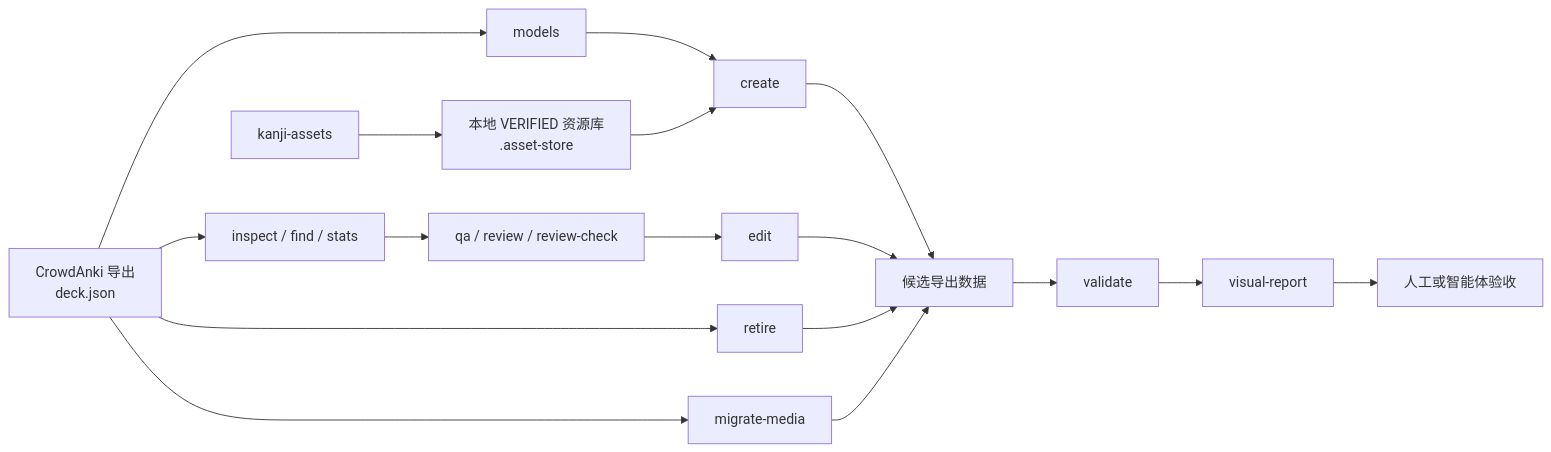
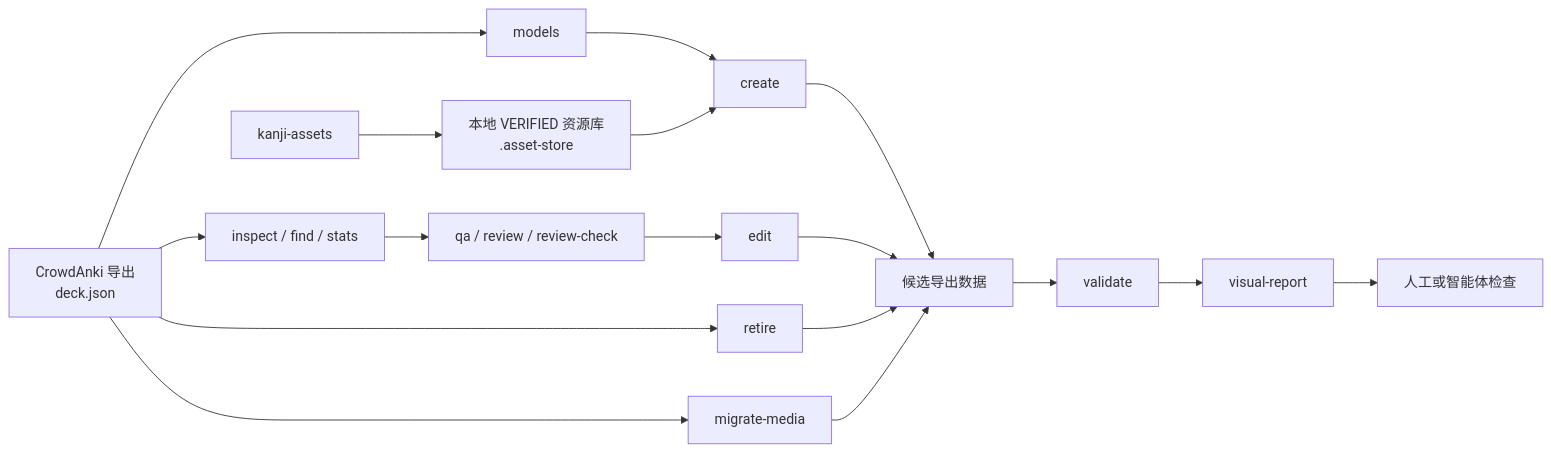
Before and after one commit to AliceLiddell01/Anki-decks: the diagram in README.zh-CN.md, drawn with Mermaid. The commit also changed other lines of this file and 1 other file, not shown here.

````diff
--- a/README.zh-CN.md
+++ b/README.zh-CN.md
@@ -55,22 +55,22 @@
 ```mermaid
 flowchart LR
     A["CrowdAnki 导出<br/>deck.json"] --> B["inspect / find / stats"]
     A --> C["models"]
     B --> D["qa / review / review-check"]
     C --> E["create"]
     D --> F["edit"]
     A --> G["retire"]
     A --> N["migrate-media"]
 
     H["kanji-assets"] --> I["本地 VERIFIED 资源库<br/>.asset-store"]
     I --> E
 
     E --> J["候选导出数据"]
     F --> J
     G --> J
     N --> J
 
     J --> K["validate"]
     K --> L["visual-report"]
-    L --> M["人工或智能体验收"]
+    L --> M["人工或智能体检查"]
 ```
````
